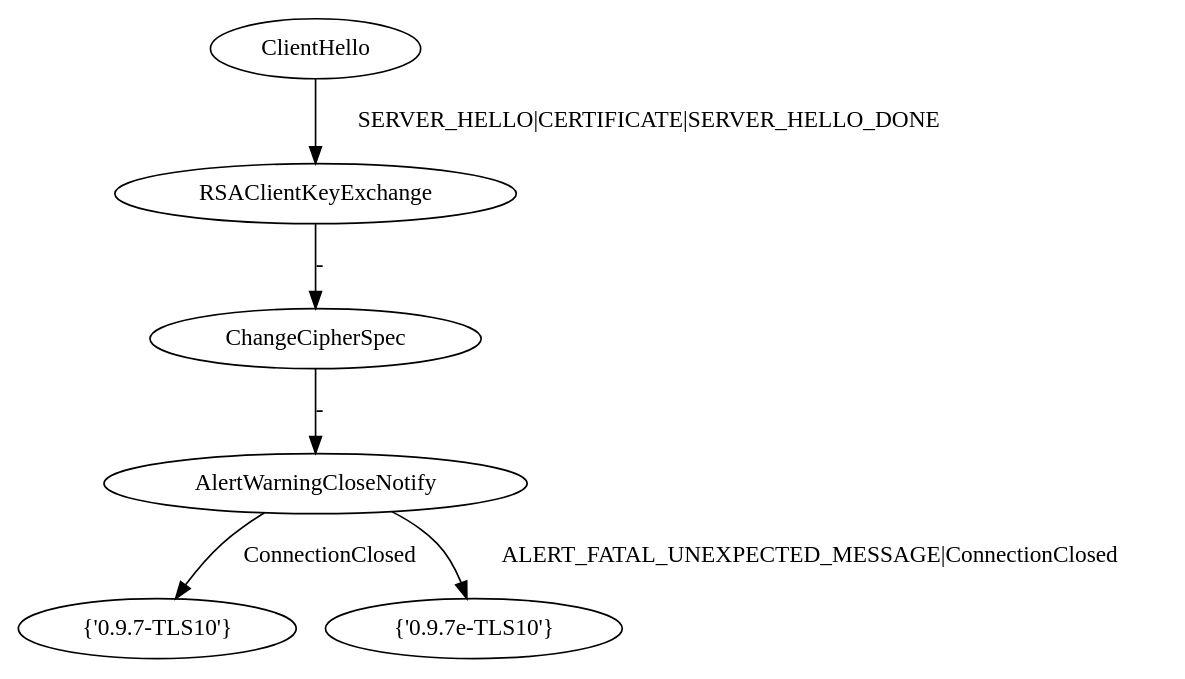
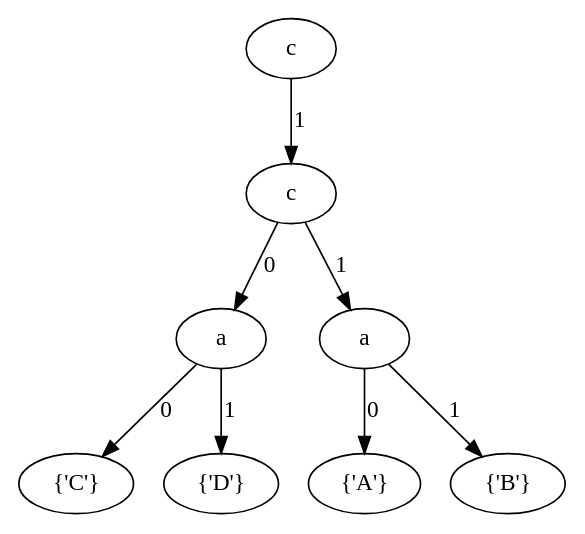
Before and after one commit to GianniM123/FFSM_fingerprint: the diagram in family-fingerprinter/CDS.dot, drawn with Graphviz. The commit also changed 9 other files, not shown here.

```diff
--- a/family-fingerprinter/CDS.dot
+++ b/family-fingerprinter/CDS.dot
@@ -1,19 +1,25 @@
 digraph "" {
 	node [label="\N"];
-	a	[label=ClientHello];
-	a0	[label=RSAClientKeyExchange];
-	a -> a0	[key=0,
-		label="SERVER_HELLO|CERTIFICATE|SERVER_HELLO_DONE"];
-	a1	[label=ChangeCipherSpec];
-	a0 -> a1	[key=0,
-		label="-"];
-	a2	[label=AlertWarningCloseNotify];
-	a1 -> a2	[key=0,
-		label="-"];
-	a3	[label="{'0.9.7-TLS10'}"];
-	a2 -> a3	[key=0,
-		label=ConnectionClosed];
-	a4	[label="{'0.9.7e-TLS10'}"];
-	a2 -> a4	[key=0,
-		label="ALERT_FATAL_UNEXPECTED_MESSAGE|ConnectionClosed"];
+	a0	[label=c];
+	a01	[label=c];
+	a0 -> a01	[key=0,
+		label=1];
+	a02	[label=a];
+	a01 -> a02	[key=0,
+		label=0];
+	a04	[label=a];
+	a01 -> a04	[key=0,
+		label=1];
+	a03	[label="{'C'}"];
+	a02 -> a03	[key=0,
+		label=0];
+	a06	[label="{'D'}"];
+	a02 -> a06	[key=0,
+		label=1];
+	a05	[label="{'A'}"];
+	a04 -> a05	[key=0,
+		label=0];
+	a07	[label="{'B'}"];
+	a04 -> a07	[key=0,
+		label=1];
 }
```
